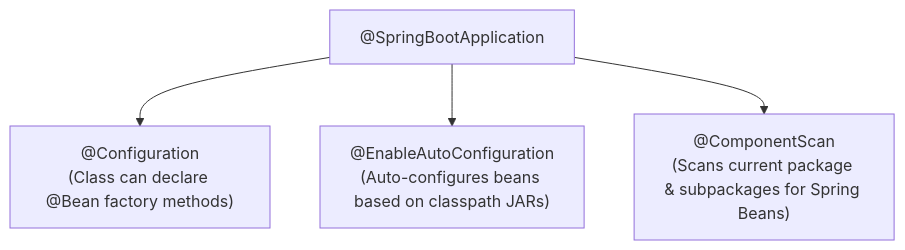
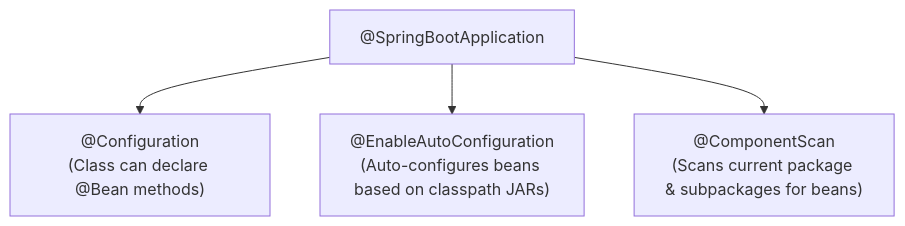
The fifth of 21 diagrams in 06-Java-and-Spring-Boot/Spring Boot Interview Guide.md (rohithgowda18/Notes), drawn with Mermaid before and after one commit. The commit also changed other lines of this file, not shown here.

Commit message:
docs(spring-boot): streamline guide to high-yield, intuitive code and eliminate complex boilerplate

````diff
--- a/06-Java-and-Spring-Boot/Spring Boot Interview Guide.md
+++ b/06-Java-and-Spring-Boot/Spring Boot Interview Guide.md
@@ -344,7 +262,7 @@
 ```mermaid
 flowchart TD
     SBA["@SpringBootApplication"]
-    SBA --> C["@Configuration<br/>(Class can declare @Bean factory methods)"]
+    SBA --> C["@Configuration<br/>(Class can declare @Bean methods)"]
     SBA --> EAC["@EnableAutoConfiguration<br/>(Auto-configures beans based on classpath JARs)"]
-    SBA --> CS["@ComponentScan<br/>(Scans current package & subpackages for Spring Beans)"]
+    SBA --> CS["@ComponentScan<br/>(Scans current package & subpackages for beans)"]
 ```
````
